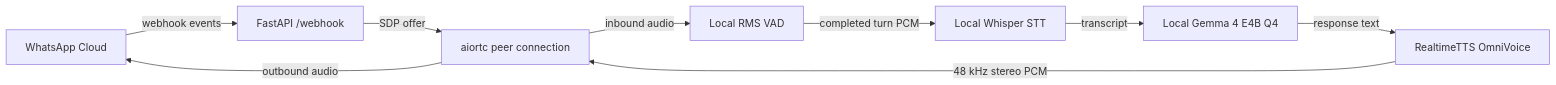
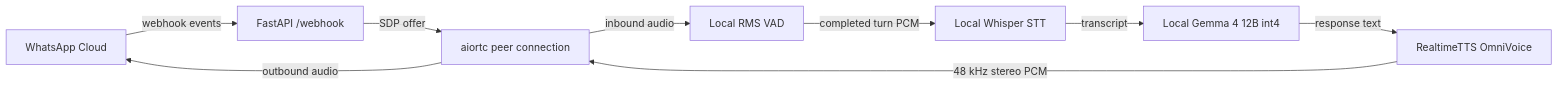
The first of 2 diagrams in README.md (nizarhaider/sl-chatbot), drawn with Mermaid before and after one commit. The commit also changed other lines of this file and 3 other files, not shown here.

````diff
--- a/README.md
+++ b/README.md
@@ -9,11 +9,11 @@
 ```mermaid
 flowchart LR
     WA[WhatsApp Cloud] -->|webhook events| API[FastAPI /webhook]
     API -->|SDP offer| RTC[aiortc peer connection]
     RTC -->|inbound audio| VAD[Local RMS VAD]
     VAD -->|completed turn PCM| ASR[Local Whisper STT]
-    ASR -->|transcript| LLM[Local Gemma 4 E4B Q4]
+    ASR -->|transcript| LLM[Local Gemma 4 12B int4]
     LLM -->|response text| TTS[RealtimeTTS OmniVoice]
     TTS -->|48 kHz stereo PCM| RTC
     RTC -->|outbound audio| WA
 ```
````
